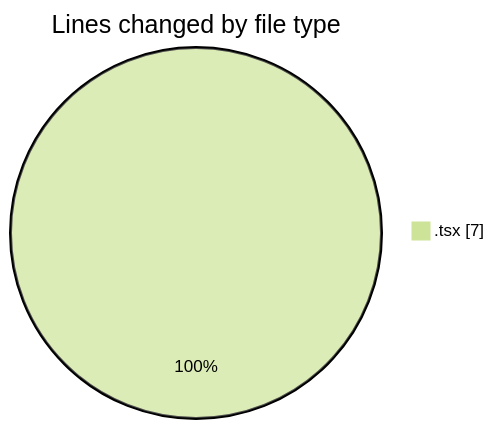
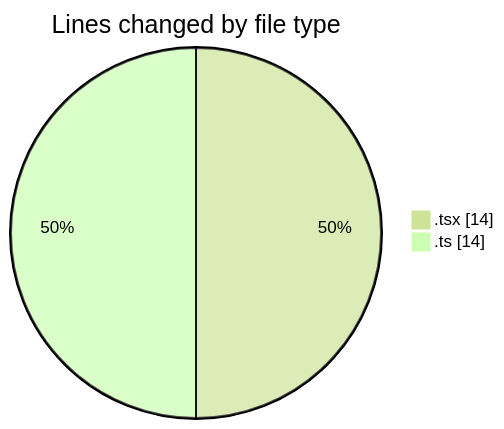
The first of 2 diagrams in 2025-10-07/cda/README.md (momahboobian/code-tracking), drawn with Mermaid (forest theme) before and after one commit. The commit also changed other lines of this file and 1 other file, not shown here.

````diff
--- a/2025-10-07/cda/README.md
+++ b/2025-10-07/cda/README.md
@@ -20,5 +21,6 @@
 ```mermaid
 pie showData
 title Lines changed by file type
-".tsx" : 7
+".tsx" : 14
+".ts" : 14
 ```
````
